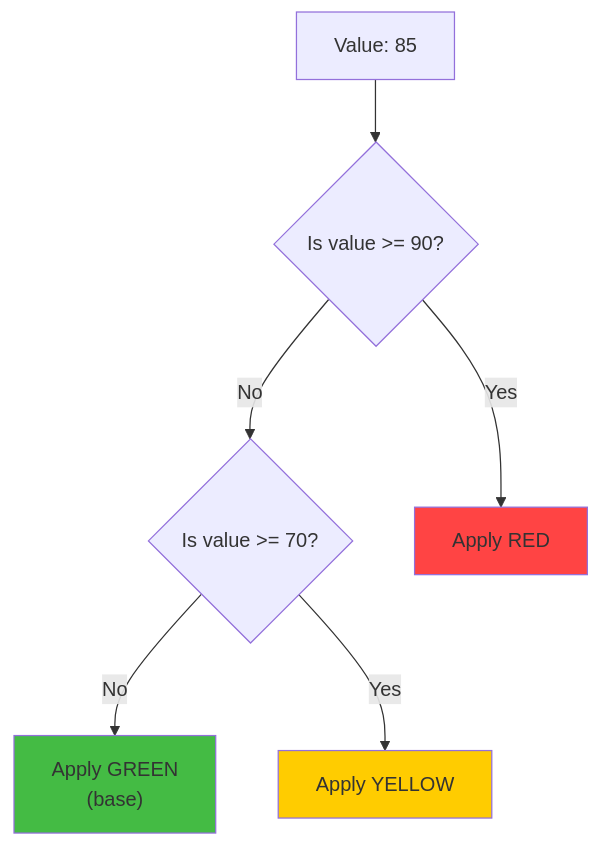
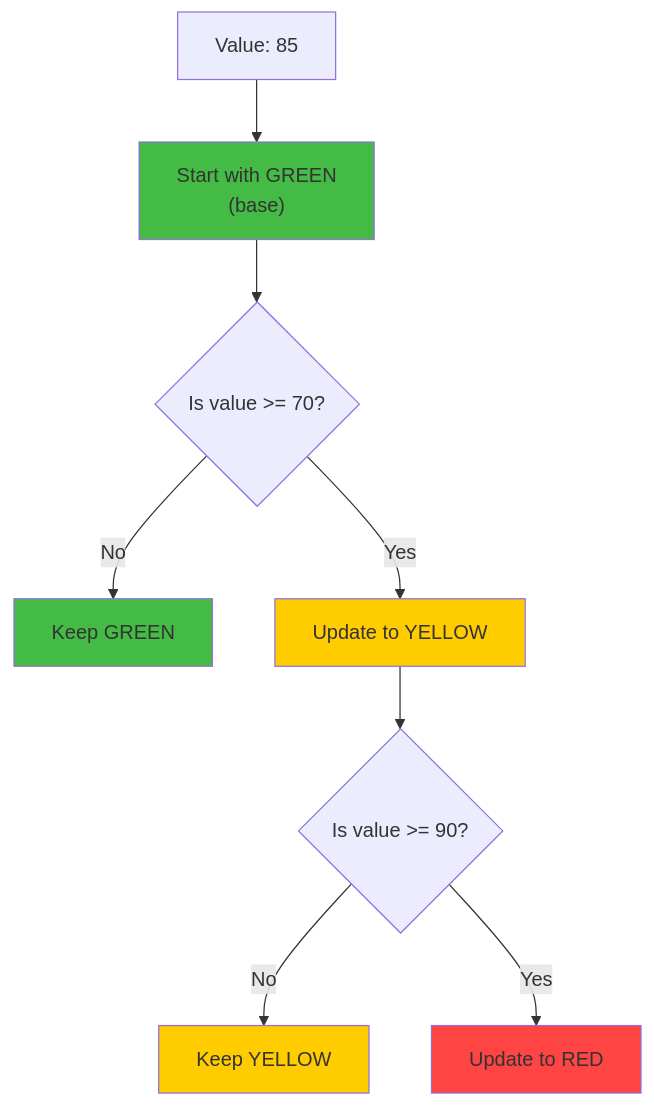
One commit to OneUptime/blog changed the third of 6 diagrams in posts/2026-01-30-grafana-stat-panel-thresholds/README.md. Above: the diagram before and after it, drawn with Mermaid. The commit also changed other lines of this file and 2 other files, not shown here.

````diff
--- a/posts/2026-01-30-grafana-stat-panel-thresholds/README.md
+++ b/posts/2026-01-30-grafana-stat-panel-thresholds/README.md
@@ -124,12 +125,16 @@
 ```mermaid
 flowchart TD
-    V["Value: 85"] --> C1{"Is value >= 90?"}
-    C1 -->|No| C2{"Is value >= 70?"}
-    C1 -->|Yes| R["Apply RED"]
-    C2 -->|No| G["Apply GREEN<br/>(base)"]
-    C2 -->|Yes| Y["Apply YELLOW"]
+    V["Value: 85"] --> G["Start with GREEN<br/>(base)"]
+    G --> C1{"Is value >= 70?"}
+    C1 -->|No| RG["Keep GREEN"]
+    C1 -->|Yes| Y["Update to YELLOW"]
+    Y --> C2{"Is value >= 90?"}
+    C2 -->|No| RY["Keep YELLOW"]
+    C2 -->|Yes| R["Update to RED"]
 
     style R fill:#ff4444
     style Y fill:#ffcc00
     style G fill:#44bb44
+    style RG fill:#44bb44
+    style RY fill:#ffcc00
 ```
````
